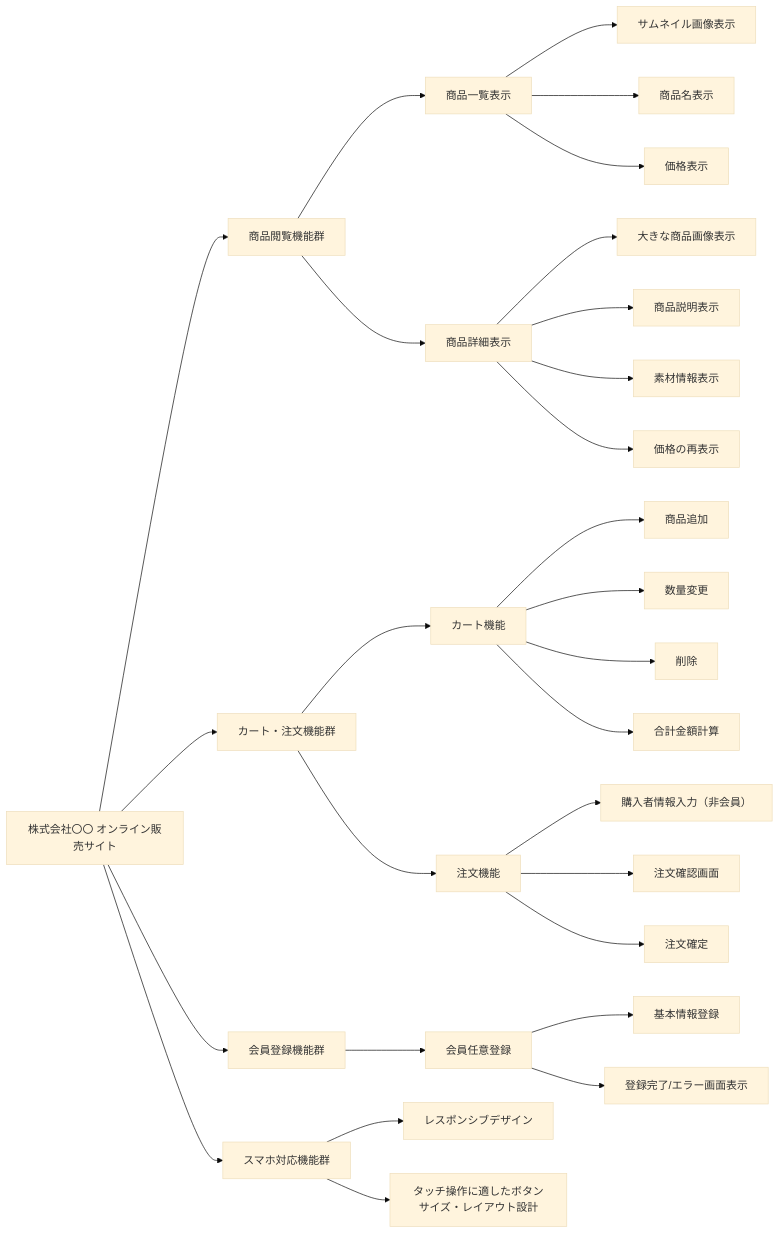
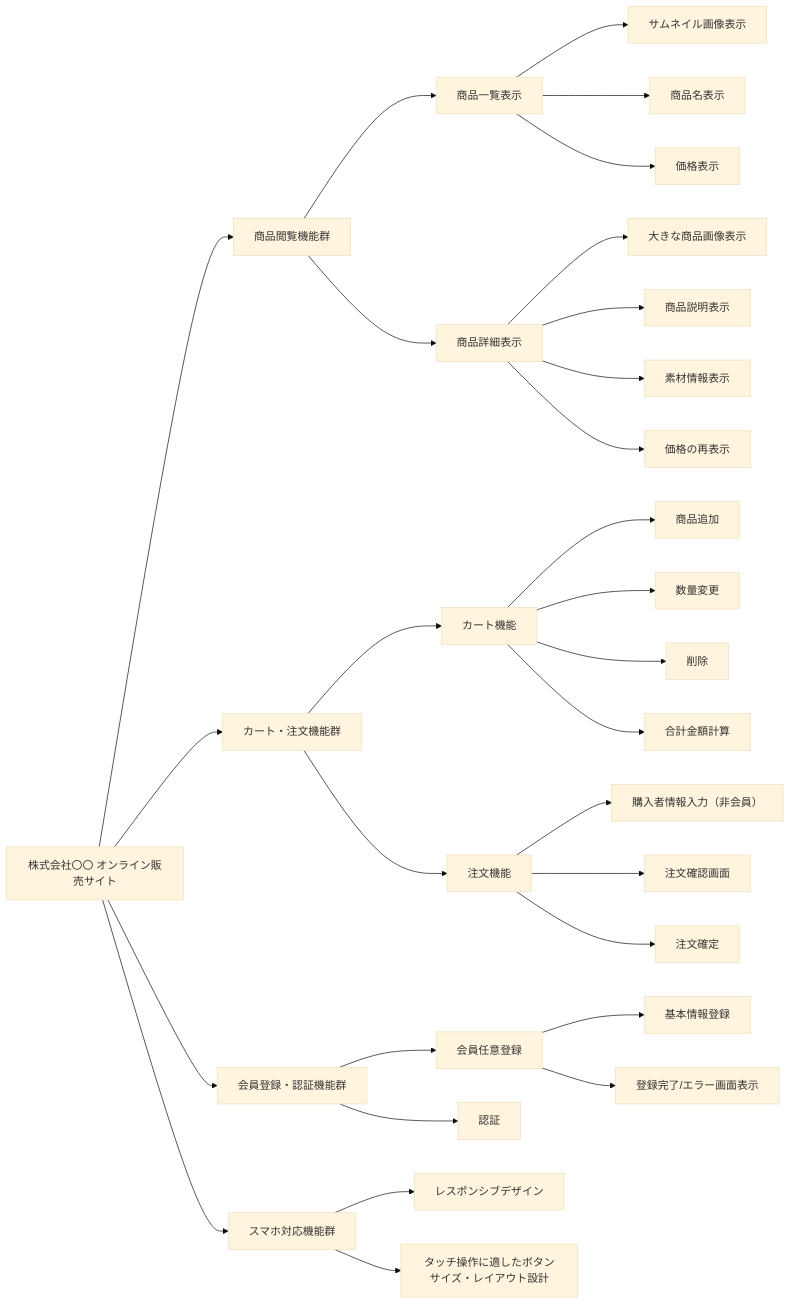
Before and after one commit to ainaga09/ACE: the first of 3 diagrams in 基本設計/機能設計/機能設計.md, drawn with Mermaid (base theme). The commit also changed other lines of this file, not shown here.

```diff
--- a/基本設計/機能設計/機能設計.md
+++ b/基本設計/機能設計/機能設計.md
@@ -48,50 +48,51 @@
 <div class="mermaid">
 graph LR
     ECサイト[株式会社〇〇 オンライン販売サイト]
  
     %% 大分類
     ECサイト --> F1[商品閲覧機能群]
     ECサイト --> F2[カート・注文機能群]
-    ECサイト --> F3[会員登録機能群]
+    ECサイト --> F3[会員登録・認証機能群]
     ECサイト --> F4[スマホ対応機能群]
  
     %% 商品閲覧機能
     F1 --> F1_1[商品一覧表示]
     F1 --> F1_2[商品詳細表示]
  
     %% 商品一覧表示の子機能
     F1_1 --> F1_1_1[サムネイル画像表示]
     F1_1 --> F1_1_2[商品名表示]
     F1_1 --> F1_1_3[価格表示]
  
     %% 商品詳細表示の子機能
     F1_2 --> F1_2_1[大きな商品画像表示]
     F1_2 --> F1_2_2[商品説明表示]
     F1_2 --> F1_2_3[素材情報表示]
     F1_2 --> F1_2_4[価格の再表示]
  
     %% カート・注文機能群
     F2 --> F2_1[カート機能]
     F2 --> F2_2[注文機能]
  
     F2_1 --> F2_1_1[商品追加]
     F2_1 --> F2_1_2[数量変更]
     F2_1 --> F2_1_3[削除]
     F2_1 --> F2_1_4[合計金額計算]
  
     F2_2 --> F2_2_1[購入者情報入力（非会員）]
     F2_2 --> F2_2_2[注文確認画面]
     F2_2 --> F2_2_3[注文確定]
  
     %% 会員登録
     F3 --> F3_1[会員任意登録]
     F3_1 --> F3_1_1[基本情報登録]
     F3_1 --> F3_1_2[登録完了/エラー画面表示]
+    F3 --> F3_2[認証]
 
     %% スマホ対応機能群
     F4 -->F4_1[レスポンシブデザイン]
     F4 -->F4_2[タッチ操作に適したボタンサイズ・レイアウト設計]
  
  　　
 
 </div>
```
